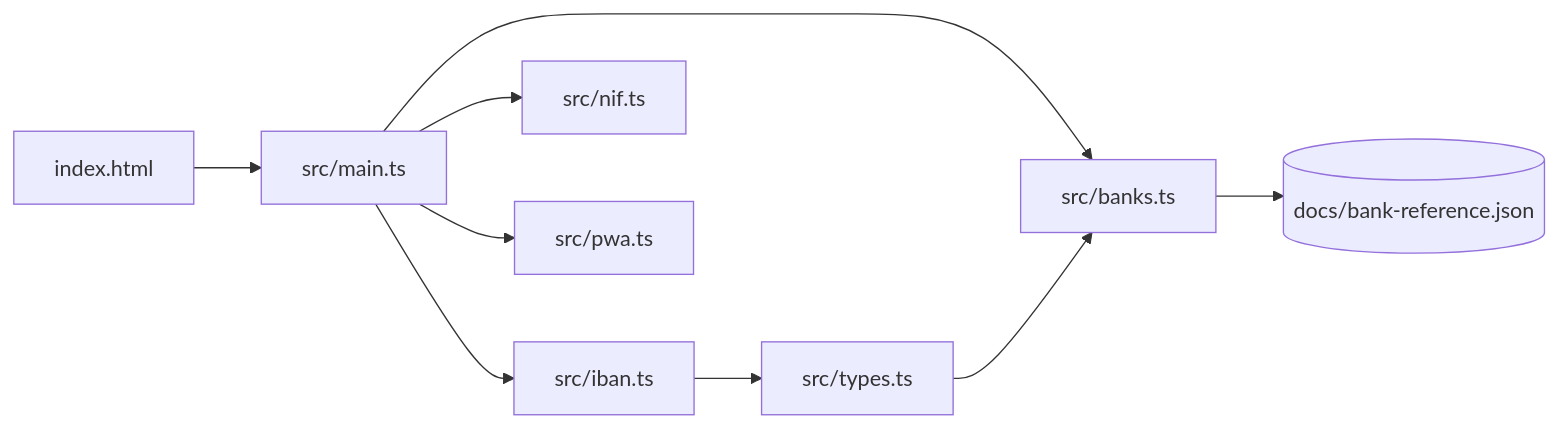
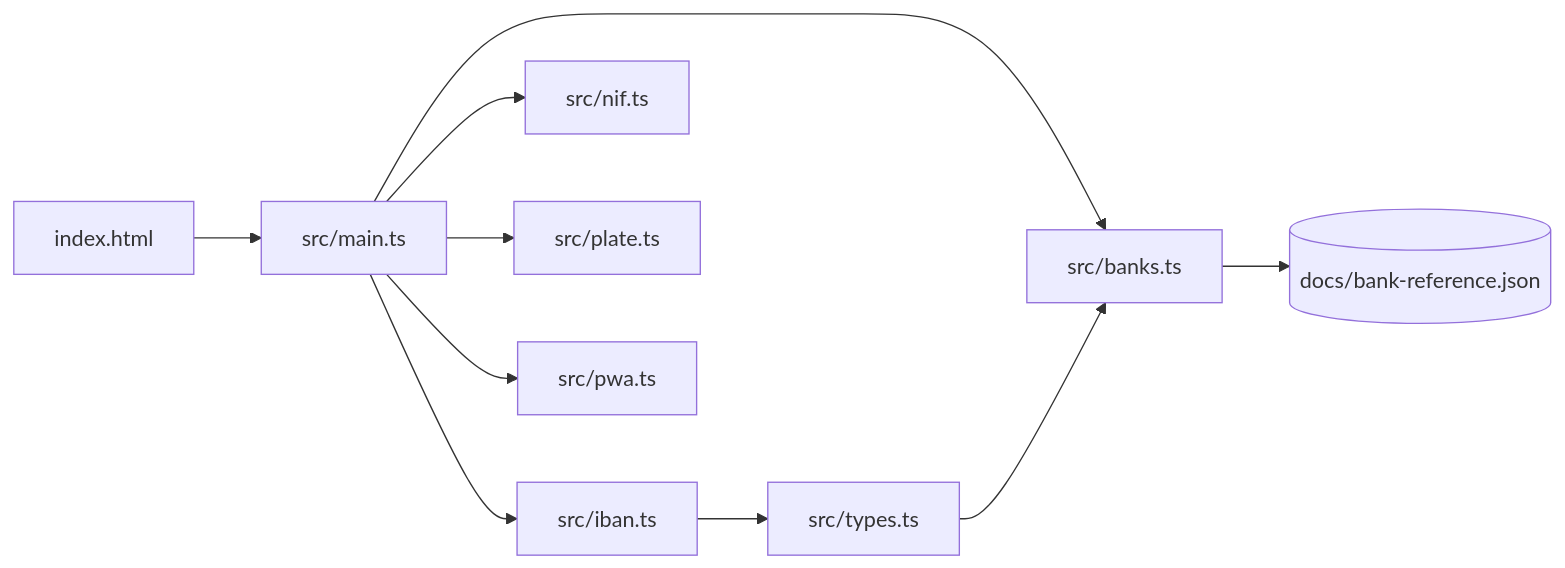
The diagram in docs/architecture.md (andrenevesgomes/iban-fresquinho), drawn with Mermaid before and after one commit. The commit also changed other lines of this file and 12 other files, not shown here.

````diff
--- a/docs/architecture.md
+++ b/docs/architecture.md
@@ -5,11 +5,12 @@
 ```mermaid
 flowchart LR
   html[index.html] --> main[src/main.ts]
   main --> iban[src/iban.ts]
   main --> nif[src/nif.ts]
+  main --> plate[src/plate.ts]
   main --> banks[src/banks.ts]
   main --> pwa[src/pwa.ts]
   iban --> types[src/types.ts]
   types --> banks
   banks --> ref[(docs/bank-reference.json)]
 ```
````
